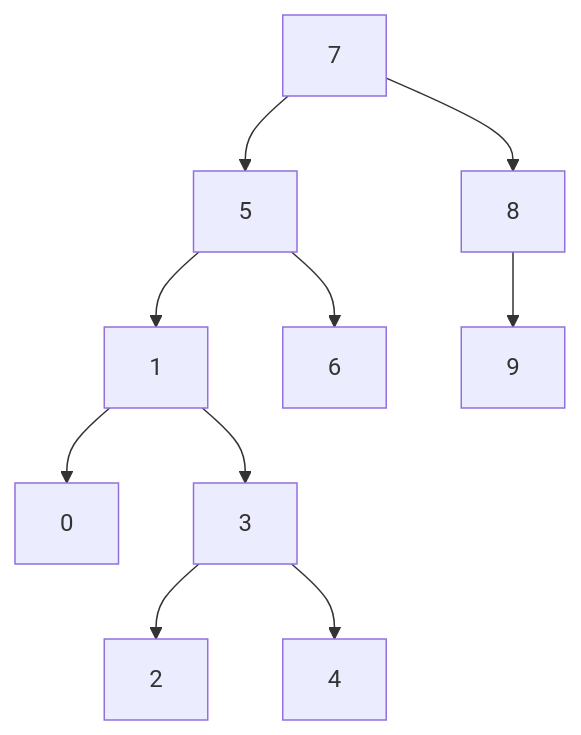
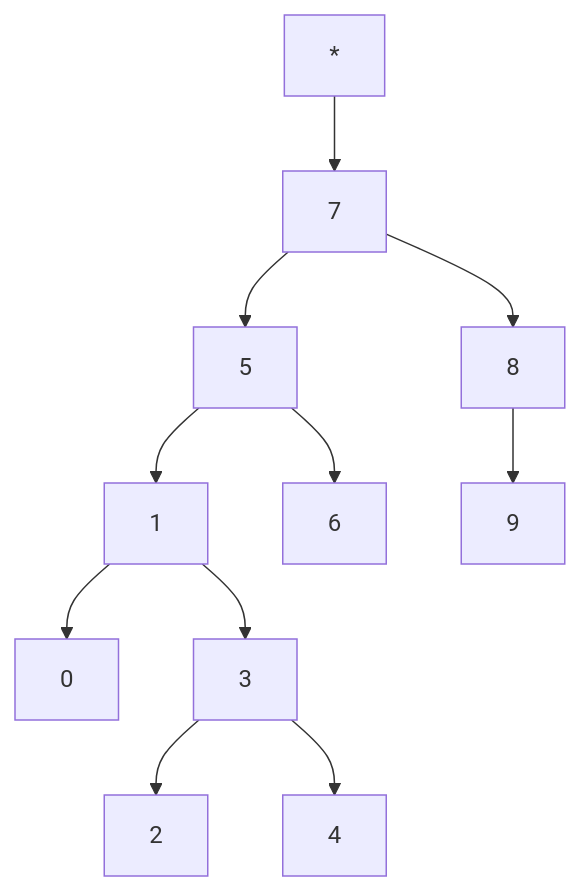
The diagram in README.md (ceyhansr/Binary-Search-Tree-Project), drawn with Mermaid before and after one commit. The commit also changed other lines of this file, not shown here.

````diff
--- a/README.md
+++ b/README.md
@@ -12,12 +12,13 @@
 ```mermaid
 graph TD;
+    *-->7;
     7-->5;            
     7-->8;
     8-->9;
     5-->1;
     5-->6;
     1-->0;
     1-->3;
     3-->2;
     3-->4;
 ```
````
